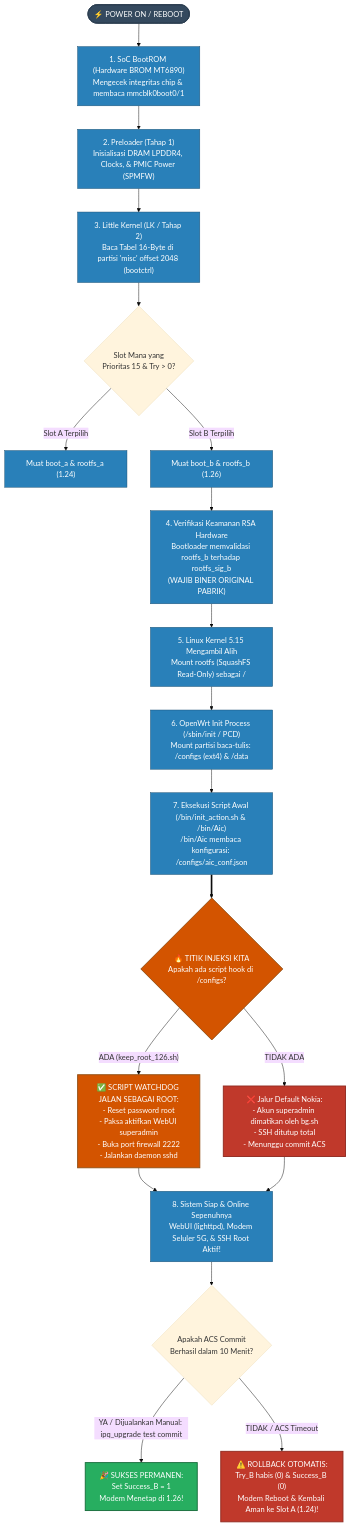
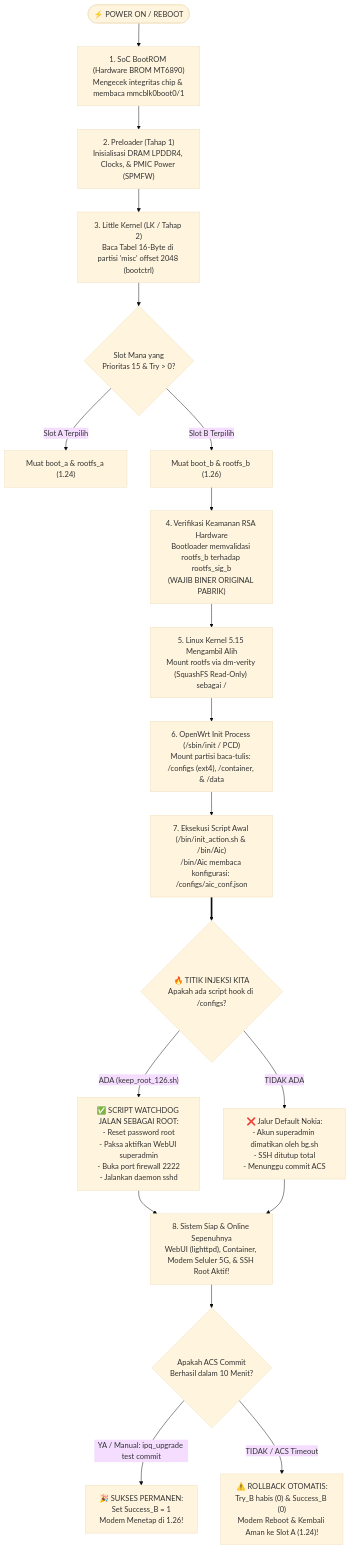
One commit to enterdvoid/dbai-unified-builder changed the fourth of 5 diagrams in docs/DIAGRAM_PARTISI_DAN_BOOTFLOW_NOKIA.md. Above: the diagram before and after it, drawn with Mermaid (base theme). The commit also changed other lines of this file, not shown here.

````diff
--- a/docs/DIAGRAM_PARTISI_DAN_BOOTFLOW_NOKIA.md
+++ b/docs/DIAGRAM_PARTISI_DAN_BOOTFLOW_NOKIA.md
@@ -136,47 +196,34 @@
 ```mermaid
 flowchart TD
     START(["⚡ POWER ON / REBOOT"]) --> S1["1. SoC BootROM (Hardware BROM MT6890)\nMengecek integritas chip & membaca mmcblk0boot0/1"]
     
     S1 --> S2["2. Preloader (Tahap 1)\nInisialisasi DRAM LPDDR4, Clocks, & PMIC Power (SPMFW)"]
     
     S2 --> S3["3. Little Kernel (LK / Tahap 2)\nBaca Tabel 16-Byte di partisi 'misc' offset 2048 (bootctrl)"]
     
     S3 --> CHK_SLOT{"Slot Mana yang\nPrioritas 15 & Try > 0?"}
     
     CHK_SLOT -->|"Slot A Terpilih"| BOOT_A["Muat boot_a & rootfs_a (1.24)"]
     CHK_SLOT -->|"Slot B Terpilih"| BOOT_B["Muat boot_b & rootfs_b (1.26)"]
     
     BOOT_B --> S4["4. Verifikasi Keamanan RSA Hardware\nBootloader memvalidasi rootfs_b terhadap rootfs_sig_b\n(WAJIB BINER ORIGINAL PABRIK)"]
     
-    S4 --> S5["5. Linux Kernel 5.15 Mengambil Alih\nMount rootfs (SquashFS Read-Only) sebagai /"]
+    S4 --> S5["5. Linux Kernel 5.15 Mengambil Alih\nMount rootfs via dm-verity (SquashFS Read-Only) sebagai /"]
     
-    S5 --> S6["6. OpenWrt Init Process (/sbin/init / PCD)\nMount partisi baca-tulis: /configs (ext4) & /data"]
+    S5 --> S6["6. OpenWrt Init Process (/sbin/init / PCD)\nMount partisi baca-tulis: /configs (ext4), /container, & /data"]
     
     S6 --> S7["7. Eksekusi Script Awal (/bin/init_action.sh & /bin/Aic)\n/bin/Aic membaca konfigurasi: /configs/aic_conf.json"]
     
     S7 ==> HOOK{"🔥 TITIK INJEKSI KITA\nApakah ada script hook di /configs?"}
     
     HOOK -->|"ADA (keep_root_126.sh)"| H_RUN["✅ SCRIPT WATCHDOG JALAN SEBAGAI ROOT:\n- Reset password root\n- Paksa aktifkan WebUI superadmin\n- Buka port firewall 2222\n- Jalankan daemon sshd"]
     HOOK -->|"TIDAK ADA"| H_DEF["❌ Jalur Default Nokia:\n- Akun superadmin dimatikan oleh bg.sh\n- SSH ditutup total\n- Menunggu commit ACS"]
     
-    H_RUN --> S8["8. Sistem Siap & Online Sepenuhnya\nWebUI (lighttpd), Modem Seluler 5G, & SSH Root Aktif!"]
+    H_RUN --> S8["8. Sistem Siap & Online Sepenuhnya\nWebUI (lighttpd), Container, Modem Seluler 5G, & SSH Root Aktif!"]
     H_DEF --> S8
     
     S8 --> CHK_COMMIT{"Apakah ACS Commit\nBerhasil dalam 10 Menit?"}
     
-    CHK_COMMIT -->|"YA / Dijualankan Manual: ipq_upgrade test commit"| PASS["🎉 SUKSES PERMANEN:\nSet Success_B = 1\nModem Menetap di 1.26!"]
+    CHK_COMMIT -->|"YA / Manual: ipq_upgrade test commit"| PASS["🎉 SUKSES PERMANEN:\nSet Success_B = 1\nModem Menetap di 1.26!"]
     CHK_COMMIT -->|"TIDAK / ACS Timeout"| FAIL["⚠️ ROLLBACK OTOMATIS:\nTry_B habis (0) & Success_B (0)\nModem Reboot & Kembali Aman ke Slot A (1.24)!"]
-
-    %% STYLING
-    classDef startStyle fill:#34495e,stroke:#2c3e50,stroke-width:2px,color:#fff;
-    classDef stepStyle fill:#2980b9,stroke:#1b4f72,stroke-width:1px,color:#fff;
-    classDef hookStyle fill:#d35400,stroke:#935116,stroke-width:2px,color:#fff;
-    classDef passStyle fill:#27ae60,stroke:#196f3d,stroke-width:2px,color:#fff;
-    classDef failStyle fill:#c0392b,stroke:#922b21,stroke-width:2px,color:#fff;
-
-    class START startStyle;
-    class S1,S2,S3,BOOT_A,BOOT_B,S4,S5,S6,S7,S8 stepStyle;
-    class HOOK,H_RUN hookStyle;
-    class PASS passStyle;
-    class FAIL,H_DEF failStyle;
 ```
````
